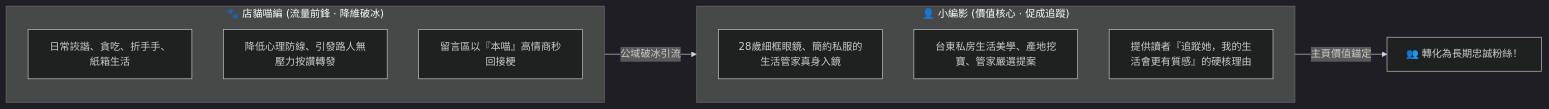
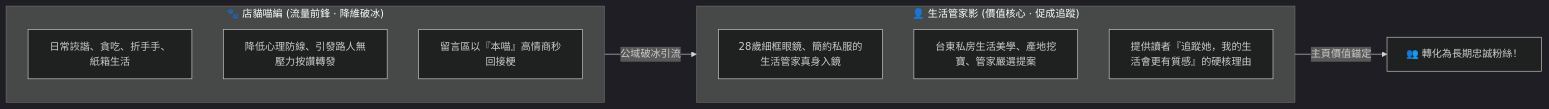
One commit to chalaw710218/00_Master_Polaris changed the sixth of 7 diagrams in .agents/skills/bionic-learning-kage/SKILL.md. Above: the diagram before and after it, drawn with Mermaid (dark theme). The commit also changed other lines of this file and 3 other files, not shown here.

````diff
--- a/.agents/skills/bionic-learning-kage/SKILL.md
+++ b/.agents/skills/bionic-learning-kage/SKILL.md
@@ -195,16 +191,16 @@
 ```mermaid
 flowchart LR
     subgraph MeowEngine ["🐾 店貓喵編 (流量前鋒 · 降維破冰)"]
         M1["日常詼諧、貪吃、折手手、紙箱生活"]
         M2["降低心理防線、引發路人無壓力按讚轉發"]
         M3["留言區以『本喵』高情商秒回接梗"]
     end
 
-    subgraph ShadowEngine ["👤 小編影 (價值核心 · 促成追蹤)"]
+    subgraph ShadowEngine ["👤 生活管家影 (價值核心 · 促成追蹤)"]
         S1["28歲細框眼鏡、簡約私服的生活管家真身入鏡"]
         S2["台東私房生活美學、產地挖寶、管家嚴選提案"]
         S3["提供讀者『追蹤她，我的生活會更有質感』的硬核理由"]
     end
 
     MeowEngine -->|公域破冰引流| ShadowEngine -->|主頁價值錨定| Follower["👥 轉化為長期忠誠粉絲！"]
 ```
````
